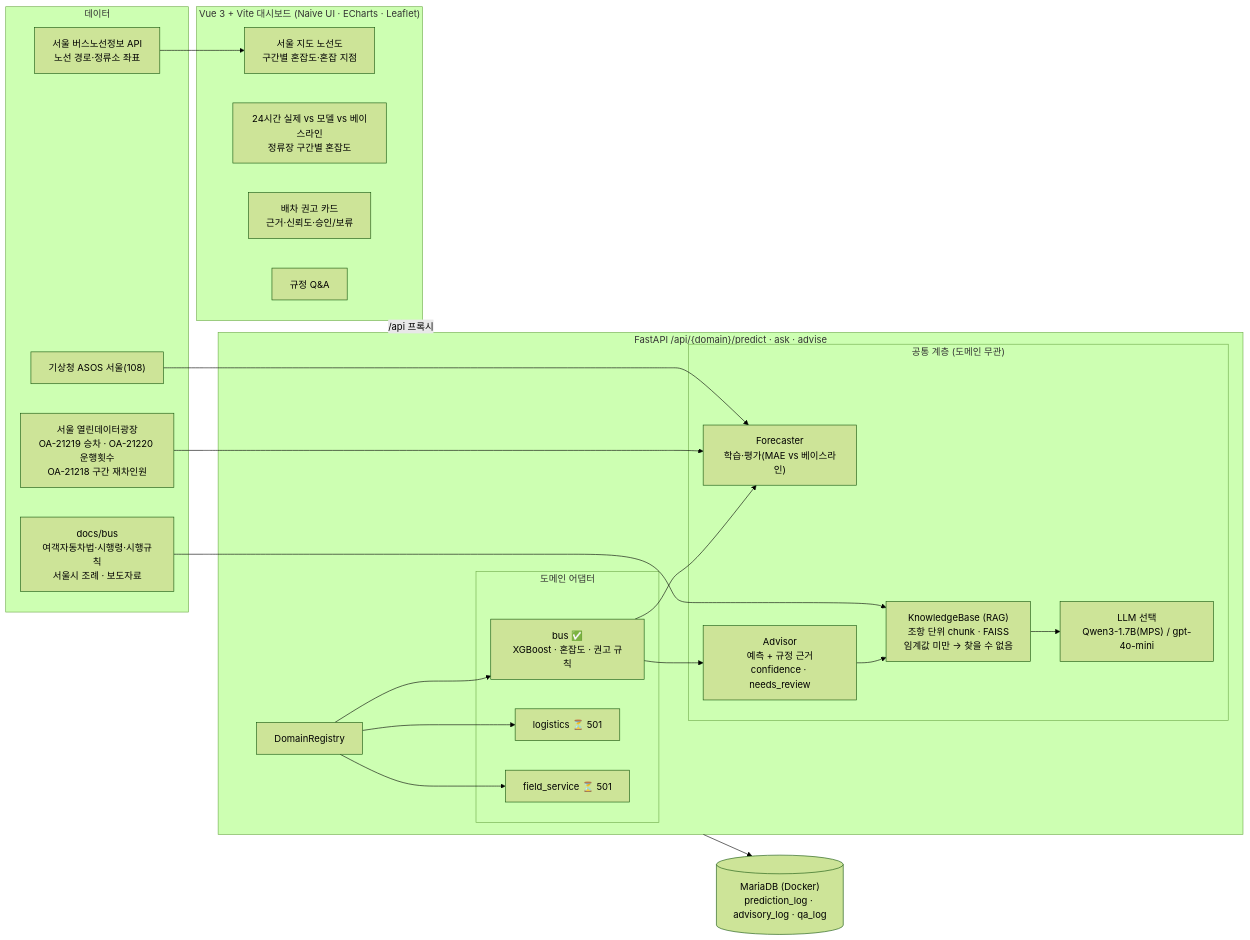
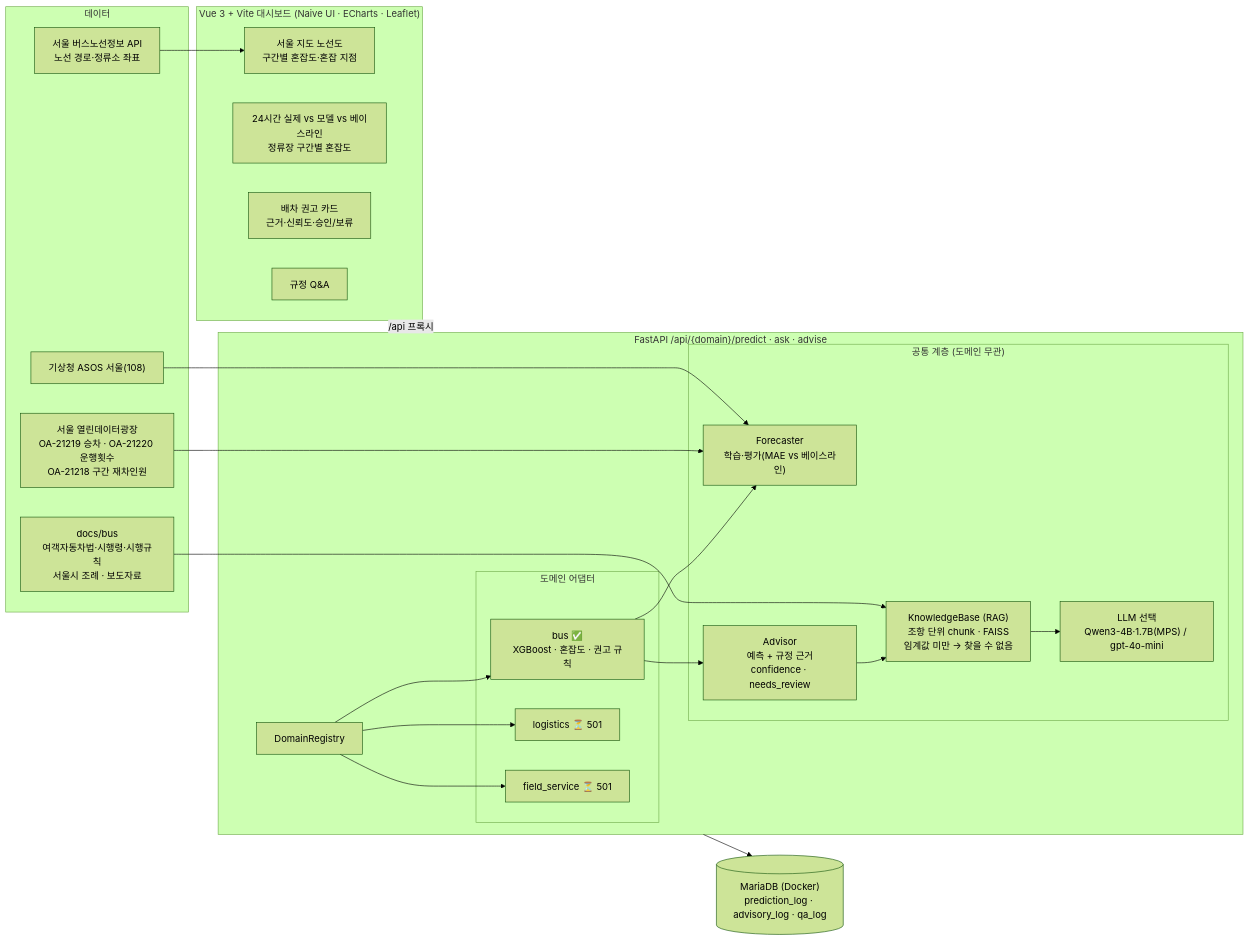
One commit to hyeonmi999/dispatch-ai changed the diagram in README.md. Above: the diagram before and after it, drawn with Mermaid (forest theme). The commit also changed other lines of this file and 13 other files, not shown here.

````diff
--- a/README.md
+++ b/README.md
@@ -16,42 +16,42 @@
 ```mermaid
 flowchart LR
     subgraph FE["Vue 3 + Vite 대시보드 (Naive UI · ECharts · Leaflet)"]
         MAP["서울 지도 노선도<br/>구간별 혼잡도·혼잡 지점"]
         CHART["24시간 실제 vs 모델 vs 베이스라인<br/>정류장 구간별 혼잡도"]
         CARD["배차 권고 카드<br/>근거·신뢰도·승인/보류"]
         QA["규정 Q&A"]
     end
 
     subgraph API["FastAPI  /api/{domain}/predict · ask · advise"]
         REG["DomainRegistry"]
         subgraph CORE["공통 계층 (도메인 무관)"]
             FC["Forecaster<br/>학습·평가(MAE vs 베이스라인)"]
             KB["KnowledgeBase (RAG)<br/>조항 단위 chunk · FAISS<br/>임계값 미만 → 찾을 수 없음"]
             ADV["Advisor<br/>예측 + 규정 근거<br/>confidence · needs_review"]
-            LLM["LLM 선택<br/>Qwen3-1.7B(MPS) / gpt-4o-mini"]
+            LLM["LLM 선택<br/>Qwen3-4B·1.7B(MPS) / gpt-4o-mini"]
         end
         subgraph DOM["도메인 어댑터"]
             BUS["bus ✅<br/>XGBoost · 혼잡도 · 권고 규칙"]
             LOG["logistics ⏳ 501"]
             FS["field_service ⏳ 501"]
         end
     end
 
     subgraph DATA["데이터"]
         SEOUL["서울 열린데이터광장<br/>OA-21219 승차 · OA-21220 운행횟수<br/>OA-21218 구간 재차인원"]
         KMA["기상청 ASOS 서울(108)"]
         BUSAPI["서울 버스노선정보 API<br/>노선 경로·정류소 좌표"]
         DOCS["docs/bus<br/>여객자동차법·시행령·시행규칙<br/>서울시 조례 · 보도자료"]
     end
 
     DB[("MariaDB (Docker)<br/>prediction_log · advisory_log · qa_log")]
 
     FE -->|/api 프록시| API
     REG --> BUS & LOG & FS
     BUS --> FC & ADV
     ADV --> KB --> LLM
     SEOUL & KMA --> FC
     BUSAPI --> MAP
     DOCS --> KB
     API --> DB
 ```
````
